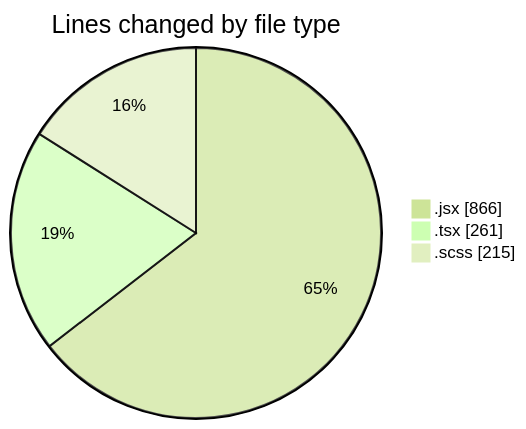
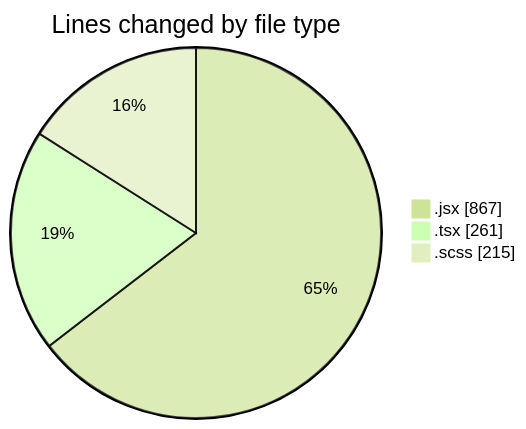
The first of 2 diagrams in 2026-02-11/cda/README.md (momahboobian/code-tracking), drawn with Mermaid (forest theme) before and after one commit. The commit also changed other lines of this file and 1 other file, not shown here.

````diff
--- a/2026-02-11/cda/README.md
+++ b/2026-02-11/cda/README.md
@@ -25,7 +25,7 @@
 ```mermaid
 pie showData
 title Lines changed by file type
-".jsx" : 866
+".jsx" : 867
 ".tsx" : 261
 ".scss" : 215
 ```
````
